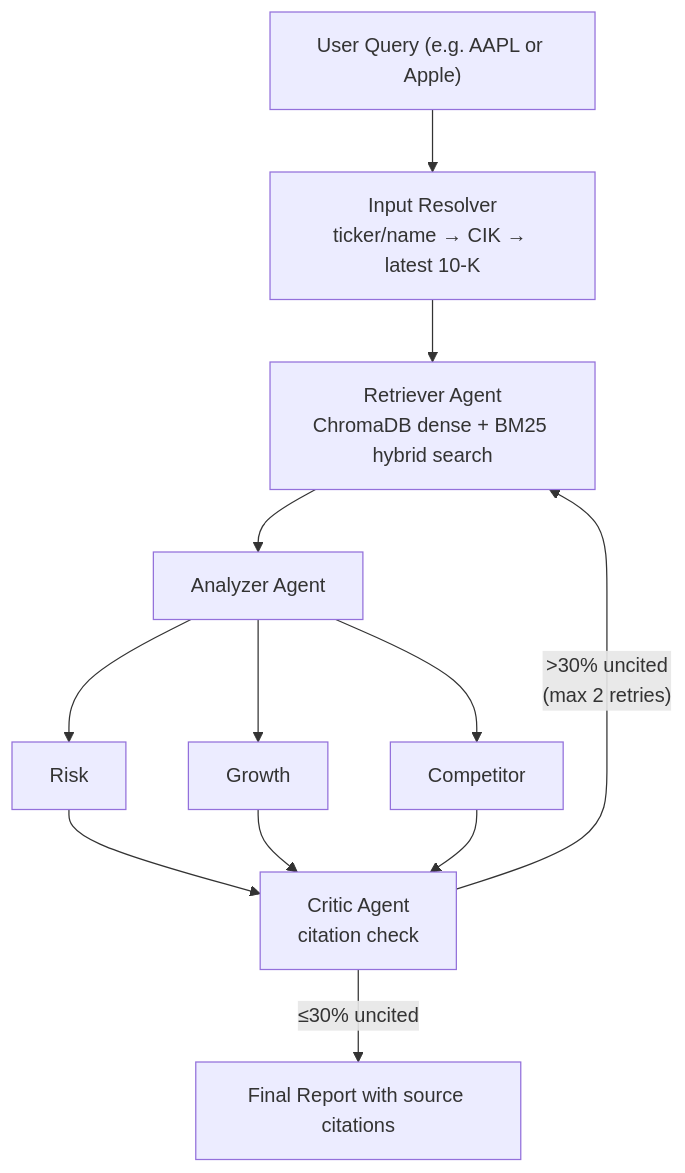
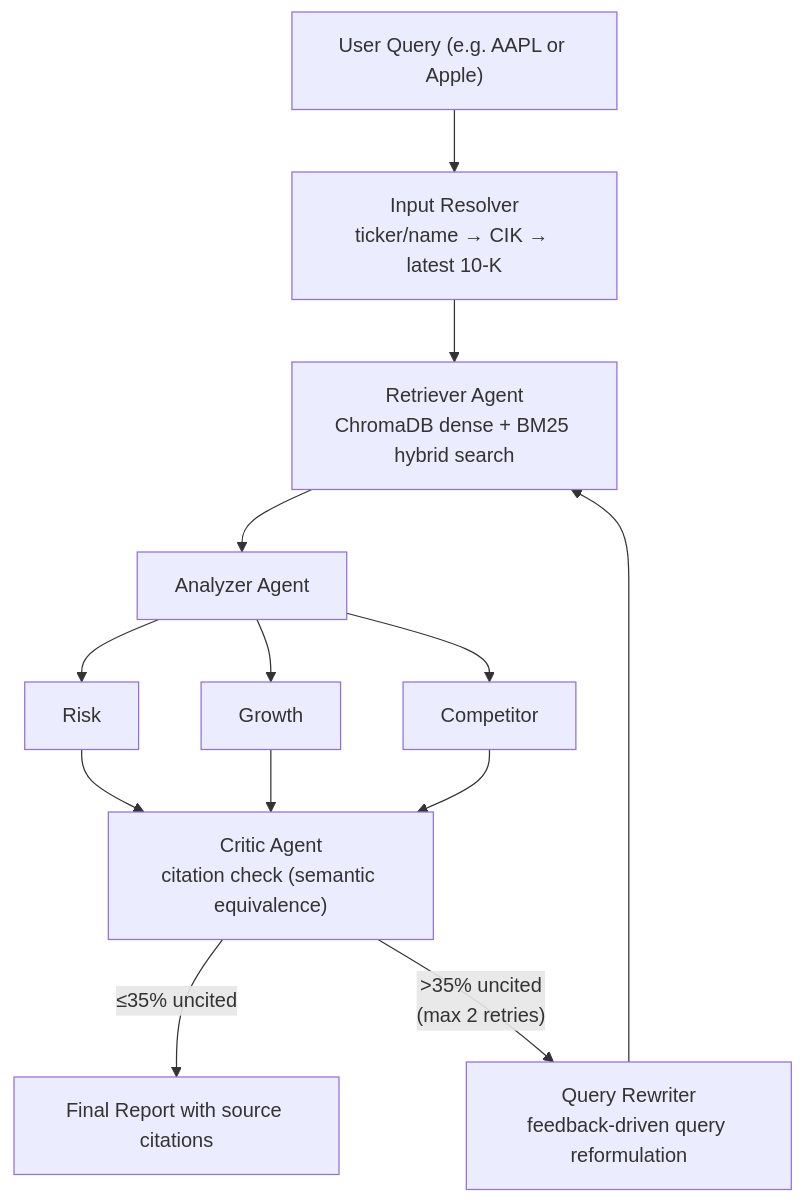
The first of 2 diagrams in README.md (choeyunbeom/finscope), drawn with Mermaid before and after one commit. The commit also changed other lines of this file and 6 other files, not shown here.

First line of the commit message:
refactor: production hardening — query rewriter, async API, BM25 caching, critic FP fix

````diff
--- a/README.md
+++ b/README.md
@@ -22,10 +22,11 @@
 ```mermaid
 flowchart TD
     A["User Query (e.g. AAPL or Apple)"] --> B["Input Resolver\nticker/name → CIK → latest 10-K"]
     B --> C["Retriever Agent\nChromaDB dense + BM25 hybrid search"]
     C --> D["Analyzer Agent"]
     D --> D1["Risk"] & D2["Growth"] & D3["Competitor"]
-    D1 & D2 & D3 --> E["Critic Agent\ncitation check"]
-    E -- "≤30% uncited" --> F["Final Report with source citations"]
-    E -- ">30% uncited\n(max 2 retries)" --> C
+    D1 & D2 & D3 --> E["Critic Agent\ncitation check (semantic equivalence)"]
+    E -- "≤35% uncited" --> F["Final Report with source citations"]
+    E -- ">35% uncited\n(max 2 retries)" --> QR["Query Rewriter\nfeedback-driven query reformulation"]
+    QR --> C
 ```
````
